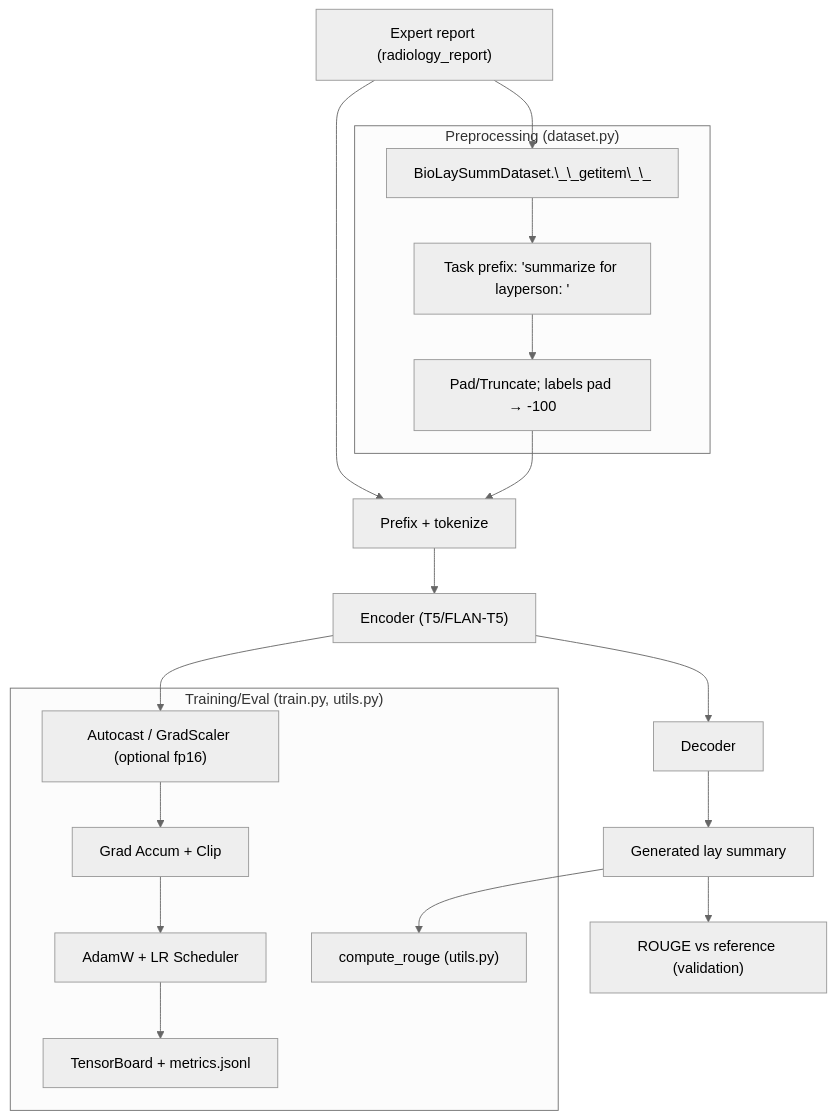
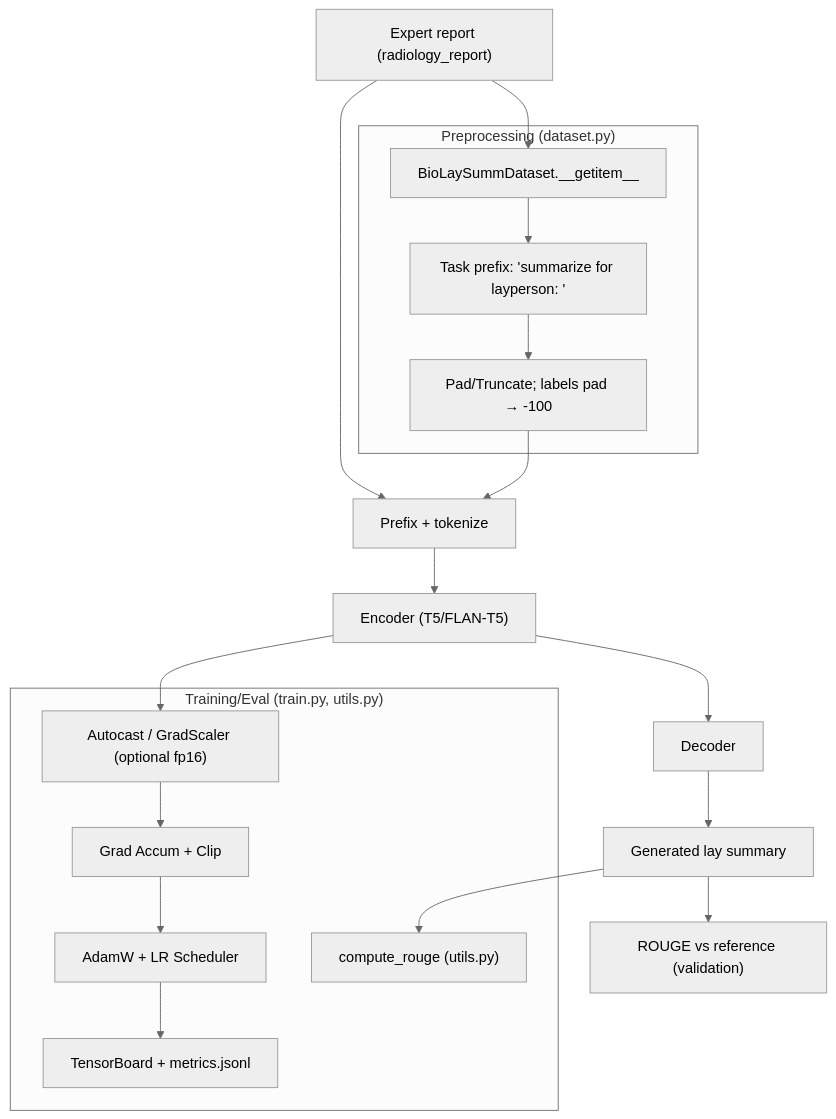
The second of 4 diagrams in recognition/LLMFineTuning/README.md (jostev/LLMFineTuning), drawn with Mermaid (neutral theme) before and after one commit. The commit also changed other lines of this file and 3 other files, not shown here.

Commit message:
Update training figures: replace loss.png, rougeL.png, and rouge_all.png with new versions; create discussion in README

````diff
--- a/recognition/LLMFineTuning/README.md
+++ b/recognition/LLMFineTuning/README.md
@@ -34,28 +34,28 @@
 ```mermaid
 flowchart TD
-  A["Expert report (radiology_report)"] --> B[Prefix + tokenize]
-  B --> C["Encoder (T5/FLAN-T5)"]
-  C --> D[Decoder]
-  D --> E[Generated lay summary]
-  E --> F["ROUGE vs reference (validation)"]
+    A["Expert report (radiology_report)"] --> B[Prefix + tokenize]
+    B --> C["Encoder (T5/FLAN-T5)"]
+    C --> D[Decoder]
+    D --> E[Generated lay summary]
+    E --> F["ROUGE vs reference (validation)"]
 
-  subgraph "Preprocessing (dataset.py)"
-    B1["BioLaySummDataset.\_\_getitem\_\_"]
-    B2["Task prefix: 'summarize for layperson: '"]
-    B3["Pad/Truncate; labels pad → -100"]
-  end
+    subgraph "Preprocessing (dataset.py)"
+        B1["BioLaySummDataset.__getitem__"]
+        B2["Task prefix: 'summarize for layperson: '"]
+        B3["Pad/Truncate; labels pad → -100"]
+    end
 
-  A --> B1 --> B2 --> B3 --> B
+    A --> B1 --> B2 --> B3 --> B
 
-  subgraph "Training/Eval (train.py, utils.py)"
-    T1["Autocast / GradScaler (optional fp16)"]
-    T2["Grad Accum + Clip"]
-    T3["AdamW + LR Scheduler"]
-    T4["TensorBoard + metrics.jsonl"]
-    U1["compute_rouge (utils.py)"]
-  end
+    subgraph "Training/Eval (train.py, utils.py)"
+        T1["Autocast / GradScaler (optional fp16)"]
+        T2["Grad Accum + Clip"]
+        T3["AdamW + LR Scheduler"]
+        T4["TensorBoard + metrics.jsonl"]
+        U1["compute_rouge (utils.py)"]
+    end
 
-  C --> T1 --> T2 --> T3 --> T4
-  E --> U1
+    C --> T1 --> T2 --> T3 --> T4
+    E --> U1
 
 ```
````
